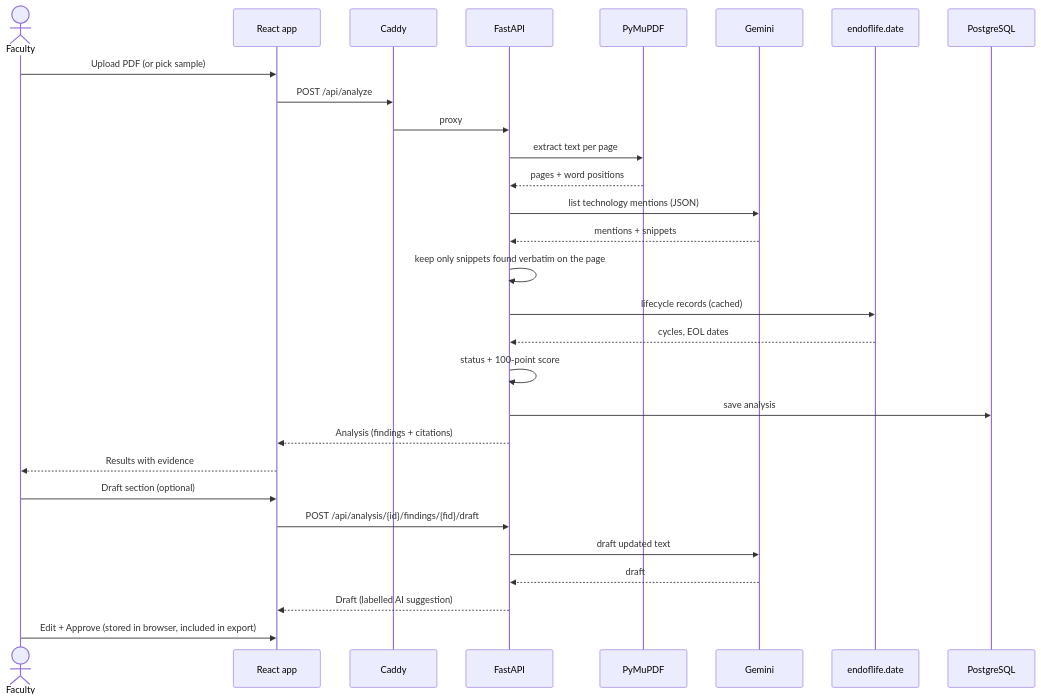
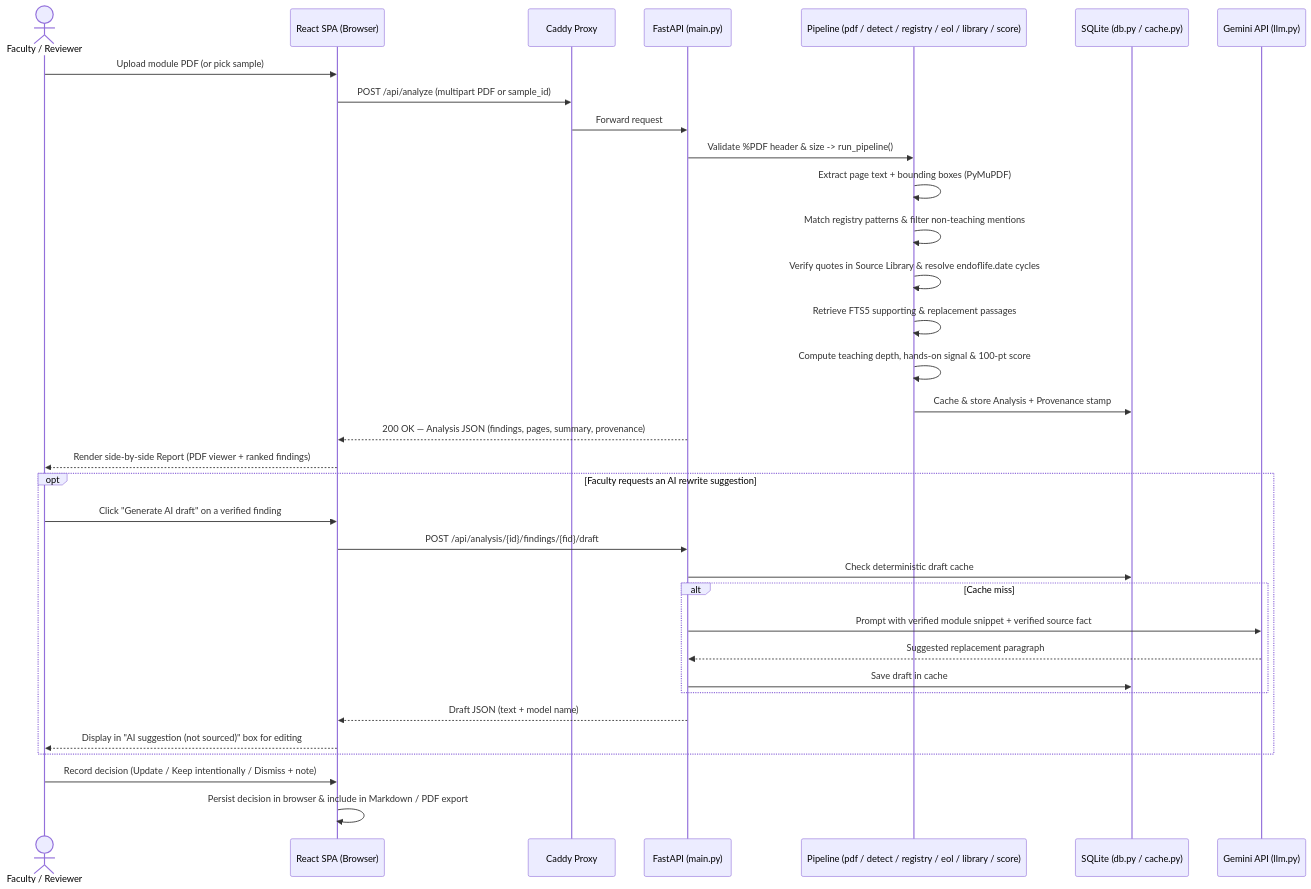
Before and after one commit to educ-jkescritor/GroundEd: the third of 4 diagrams in docs/architecture.md, drawn with Mermaid. The commit also changed other lines of this file, not shown here.

Commit message:
docs: align architecture diagrams with registry and FTS5 pipeline

````diff
--- a/docs/architecture.md
+++ b/docs/architecture.md
@@ -40,32 +81,39 @@
 ```mermaid
 sequenceDiagram
-    actor F as Faculty
-    participant W as React app
-    participant C as Caddy
-    participant A as FastAPI
-    participant P as PyMuPDF
-    participant G as Gemini
-    participant E as endoflife.date
-    participant D as PostgreSQL
+    actor F as Faculty / Reviewer
+    participant W as React SPA (Browser)
+    participant C as Caddy Proxy
+    participant A as FastAPI (main.py)
+    participant P as Pipeline (pdf / detect / registry / eol / library / score)
+    participant DB as SQLite (db.py / cache.py)
+    participant G as Gemini API (llm.py)
 
-    F->>W: Upload PDF (or pick sample)
-    W->>C: POST /api/analyze
-    C->>A: proxy
-    A->>P: extract text per page
-    P-->>A: pages + word positions
-    A->>G: list technology mentions (JSON)
-    G-->>A: mentions + snippets
-    A->>A: keep only snippets found verbatim on the page
-    A->>E: lifecycle records (cached)
-    E-->>A: cycles, EOL dates
-    A->>A: status + 100-point score
-    A->>D: save analysis
-    A-->>W: Analysis (findings + citations)
-    W-->>F: Results with evidence
-    F->>W: Draft section (optional)
-    W->>A: POST /api/analysis/{id}/findings/{fid}/draft
-    A->>G: draft updated text
-    G-->>A: draft
-    A-->>W: Draft (labelled AI suggestion)
-    F->>W: Edit + Approve (stored in browser, included in export)
+    F->>W: Upload module PDF (or pick sample)
+    W->>C: POST /api/analyze (multipart PDF or sample_id)
+    C->>A: Forward request
+    A->>P: Validate %PDF header & size -> run_pipeline()
+    P->>P: Extract page text + bounding boxes (PyMuPDF)
+    P->>P: Match registry patterns & filter non-teaching mentions
+    P->>P: Verify quotes in Source Library & resolve endoflife.date cycles
+    P->>P: Retrieve FTS5 supporting & replacement passages
+    P->>P: Compute teaching depth, hands-on signal & 100-pt score
+    P->>DB: Cache & store Analysis + Provenance stamp
+    A-->>W: 200 OK — Analysis JSON (findings, pages, summary, provenance)
+    W-->>F: Render side-by-side Report (PDF viewer + ranked findings)
+
+    opt Faculty requests an AI rewrite suggestion
+        F->>W: Click "Generate AI draft" on a verified finding
+        W->>A: POST /api/analysis/{id}/findings/{fid}/draft
+        A->>DB: Check deterministic draft cache
+        alt Cache miss
+            A->>G: Prompt with verified module snippet + verified source fact
+            G-->>A: Suggested replacement paragraph
+            A->>DB: Save draft in cache
+        end
+        A-->>W: Draft JSON (text + model name)
+        W-->>F: Display in "AI suggestion (not sourced)" box for editing
+    end
+
+    F->>W: Record decision (Update / Keep intentionally / Dismiss + note)
+    W->>W: Persist decision in browser & include in Markdown / PDF export
 ```
````
